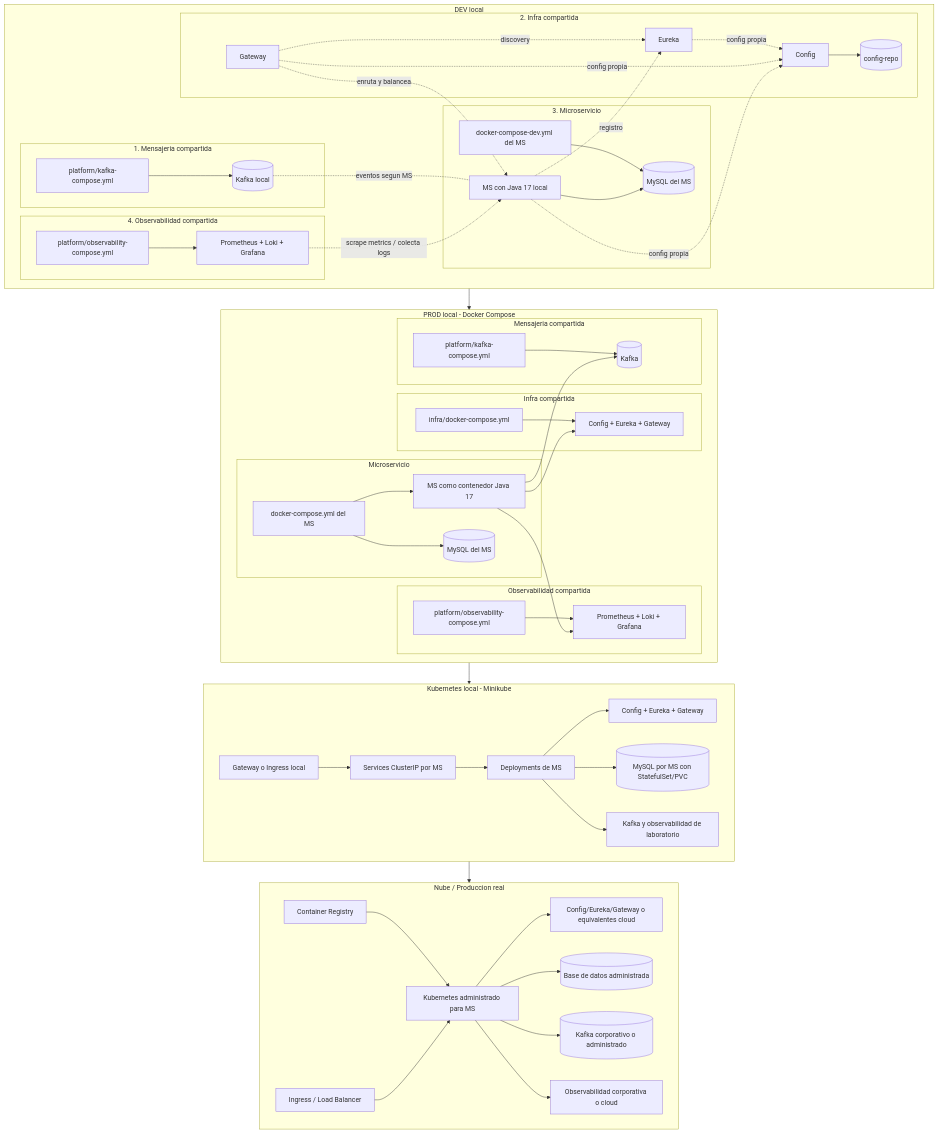
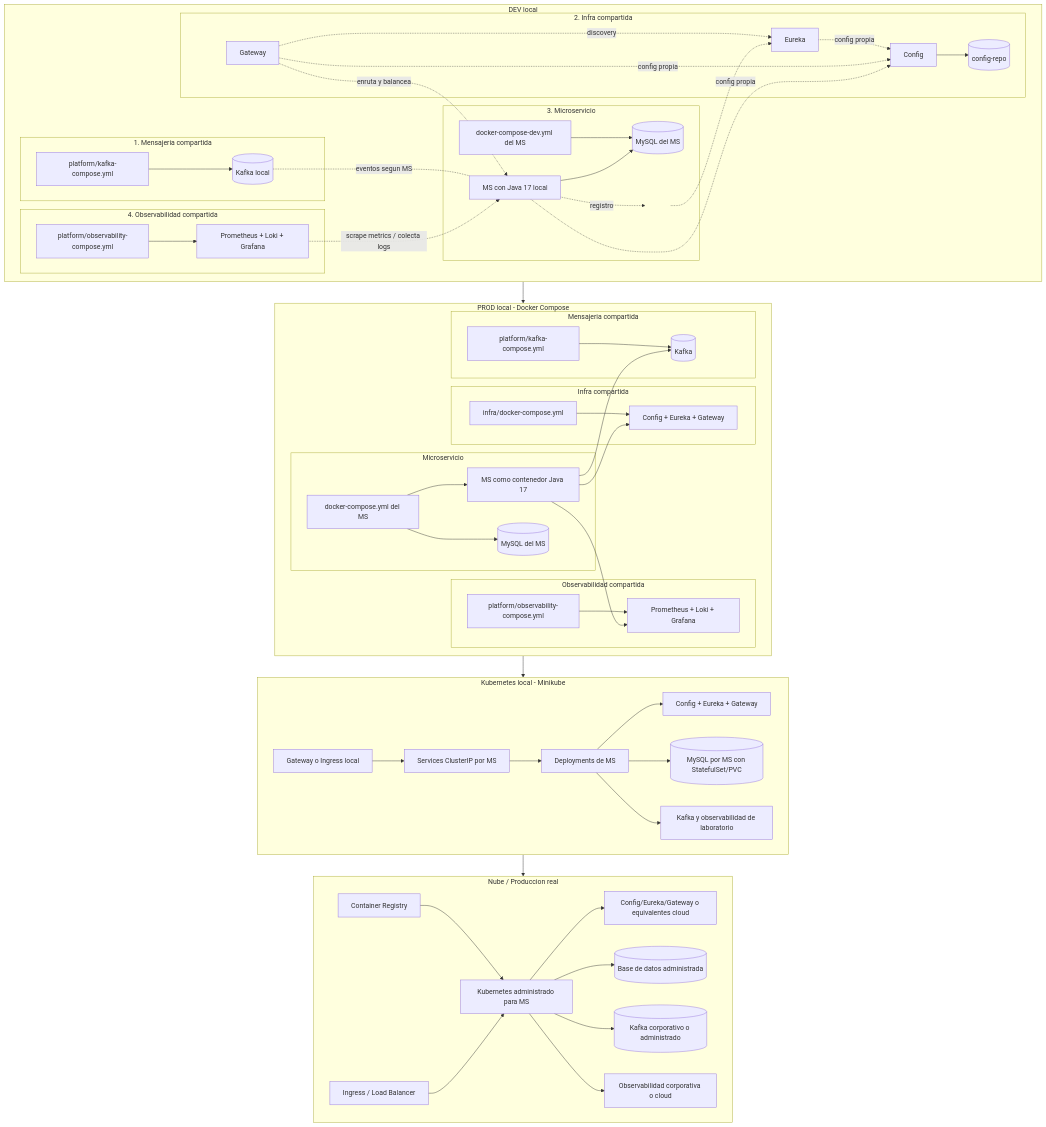
One commit to 262dist/pagatu changed the tenth of 10 diagrams in README.md. Above: the diagram before and after it, drawn with Mermaid.

```diff
--- a/README.md
+++ b/README.md
@@ -578,6 +578,7 @@
             devmscompose[docker-compose-dev.yml del MS]
             devjava[MS con Java 17 local]
             devmysql[(MySQL del MS)]
+            devRegistroAnchor[" "]
             devmscompose --> devmysql
         end
 
@@ -589,10 +590,12 @@
 
         devmessaging -. eventos segun MS .- devjava
         devjava -. config propia .-> devconfig
-        devjava -. registro .-> deveureka
+        devjava -. registro .-> devRegistroAnchor
+        devRegistroAnchor -.-> deveureka
         devgateway -. enruta y balancea .-> devjava
         devjava --> devmysql
         devobs -. scrape metrics / colecta logs .-> devjava
+        style devRegistroAnchor fill:transparent,stroke:transparent,color:transparent
     end
 
     subgraph compose[PROD local - Docker Compose]
```
